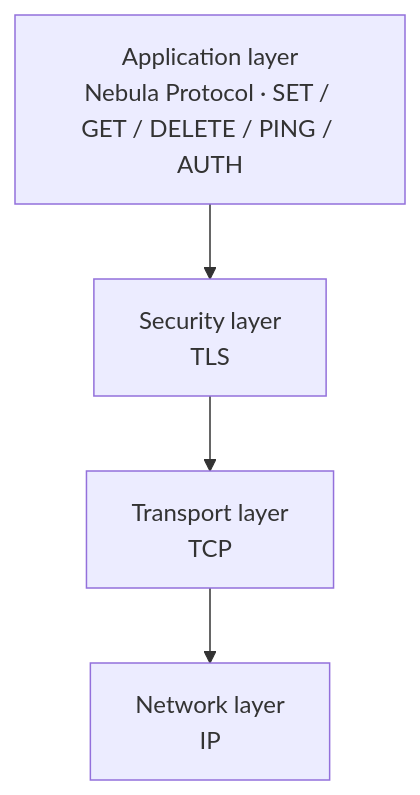
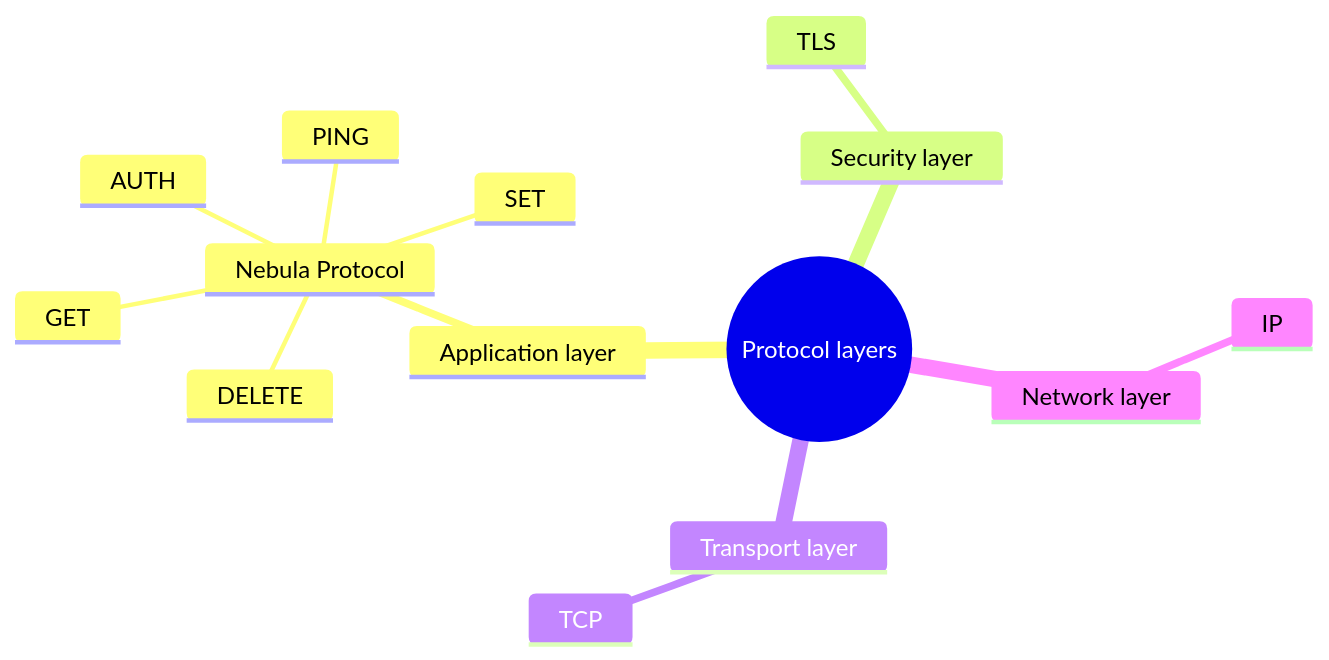
The first of 5 diagrams in content/articles/nebula-protocol/index.md (dyotamo/blog), drawn with Mermaid before and after one commit. The commit also changed other lines of this file and 26 other files, not shown here.

````diff
--- a/content/articles/nebula-protocol/index.md
+++ b/content/articles/nebula-protocol/index.md
@@ -100,6 +100,17 @@
 ```mermaid
-flowchart TD
-    app["Application layer<br/>Nebula Protocol · SET / GET / DELETE / PING / AUTH"] --> tls["Security layer<br/>TLS"]
-    tls --> tcp["Transport layer<br/>TCP"]
-    tcp --> ip["Network layer<br/>IP"]
+mindmap
+  root((Protocol layers))
+    Application layer
+      Nebula Protocol
+        SET
+        GET
+        DELETE
+        PING
+        AUTH
+    Security layer
+      TLS
+    Transport layer
+      TCP
+    Network layer
+      IP
 ```
````
